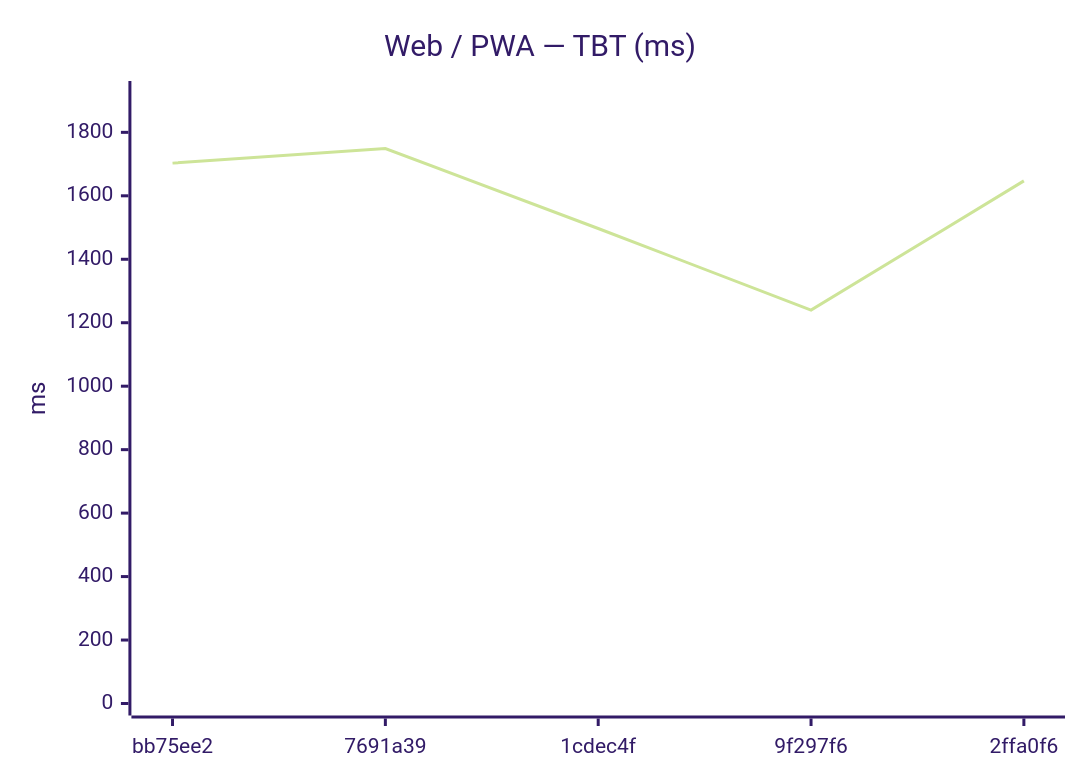
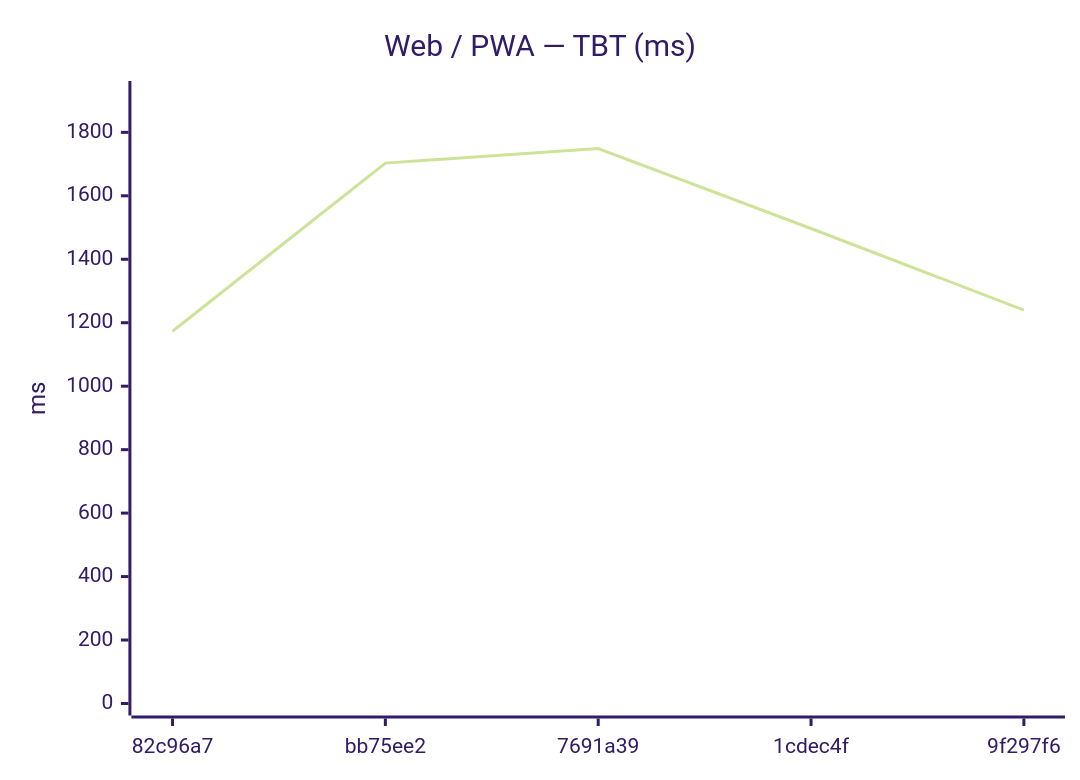
The eighth of 18 diagrams in benchmarks/compare.md (Metaheurist/Rianell), drawn with Mermaid (forest theme) before and after one commit. The commit also changed other lines of this file and 11 other files, not shown here.

````diff
--- a/benchmarks/compare.md
+++ b/benchmarks/compare.md
@@ -124,7 +124,7 @@
 ```mermaid
 xychart-beta
     title "Web / PWA — TBT (ms)"
-    x-axis ["bb75ee2", "7691a39", "1cdec4f", "9f297f6", "2ffa0f6"]
+    x-axis ["82c96a7", "bb75ee2", "7691a39", "1cdec4f", "9f297f6"]
     y-axis "ms" 0 --> 1924
-    line [1703, 1749, 1497, 1240, 1647]
+    line [1173, 1703, 1749, 1497, 1240]
 ```
````
